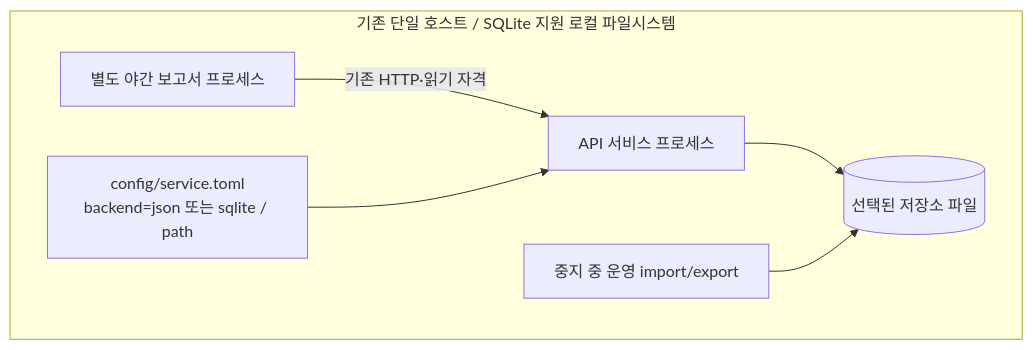
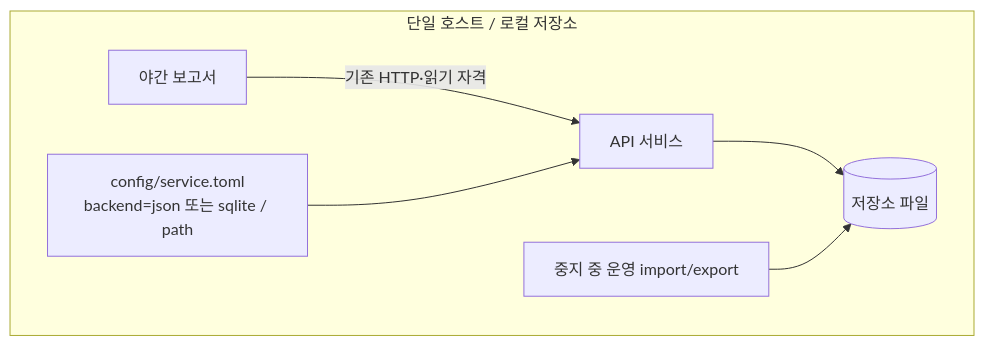
Before and after one commit to bifrost17/ai-native-sdlc-sample: the third of 3 diagrams in docs/research/sdlc-documentation/spec-plan-design/candidate/examples/M01/design/architecture.md, drawn with Mermaid. The commit also changed 17 other files, not shown here.

````diff
--- a/docs/research/sdlc-documentation/spec-plan-design/candidate/examples/M01/design/architecture.md
+++ b/docs/research/sdlc-documentation/spec-plan-design/candidate/examples/M01/design/architecture.md
@@ -51,9 +51,9 @@
 ```mermaid
 flowchart TB
-  subgraph HOST["기존 단일 호스트 / SQLite 지원 로컬 파일시스템"]
-    API["API 서비스 프로세스"] --> DB[("선택된 저장소 파일")]
-    REPORT["별도 야간 보고서 프로세스"] -->|"기존 HTTP·읽기 자격"| API
+  subgraph HOST["단일 호스트 / 로컬 저장소"]
+    API["API 서비스"] --> DB[("저장소 파일")]
+    REPORT["야간 보고서"] -->|"기존 HTTP·읽기 자격"| API
     CFG["config/service.toml\nbackend=json 또는 sqlite / path"] --> API
     OP["중지 중 운영 import/export"] --> DB
   end
 ```
````
